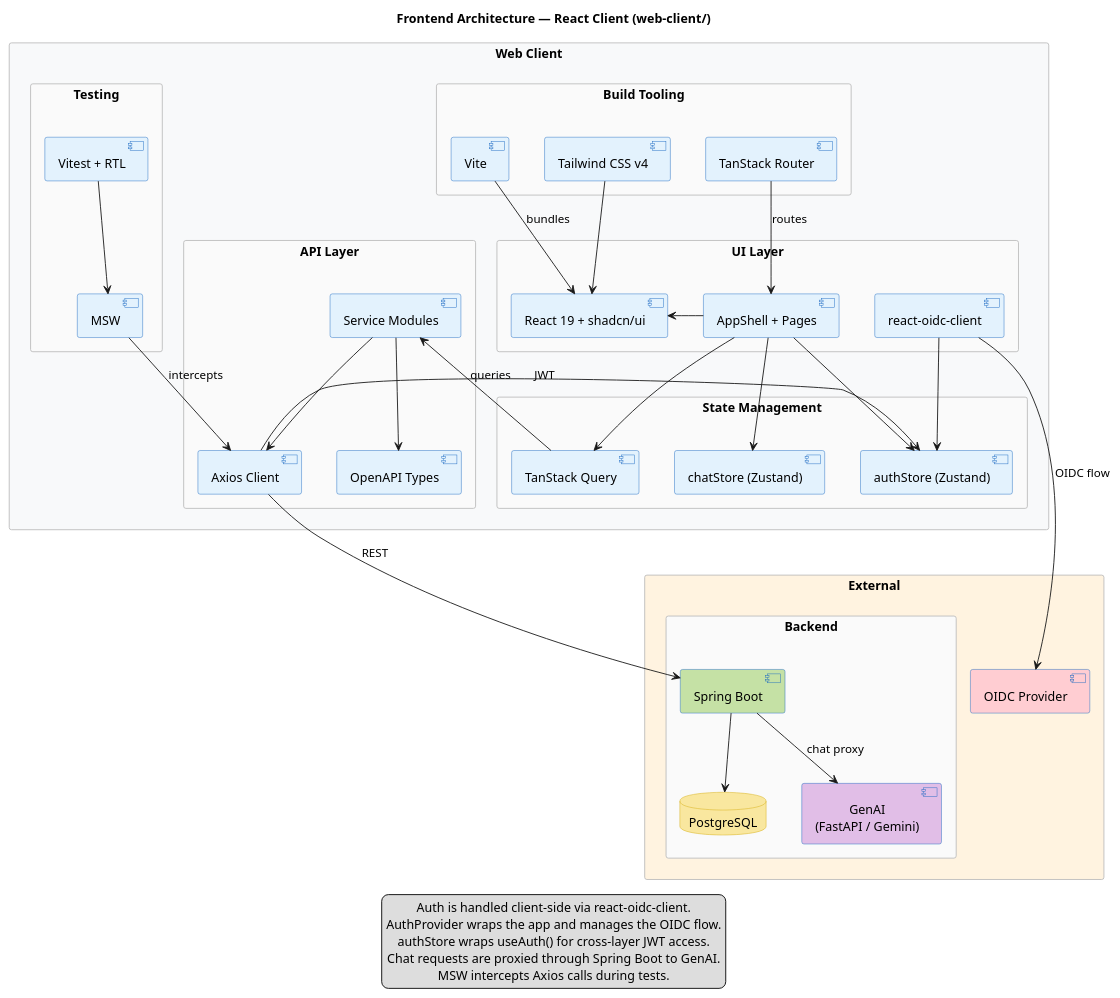
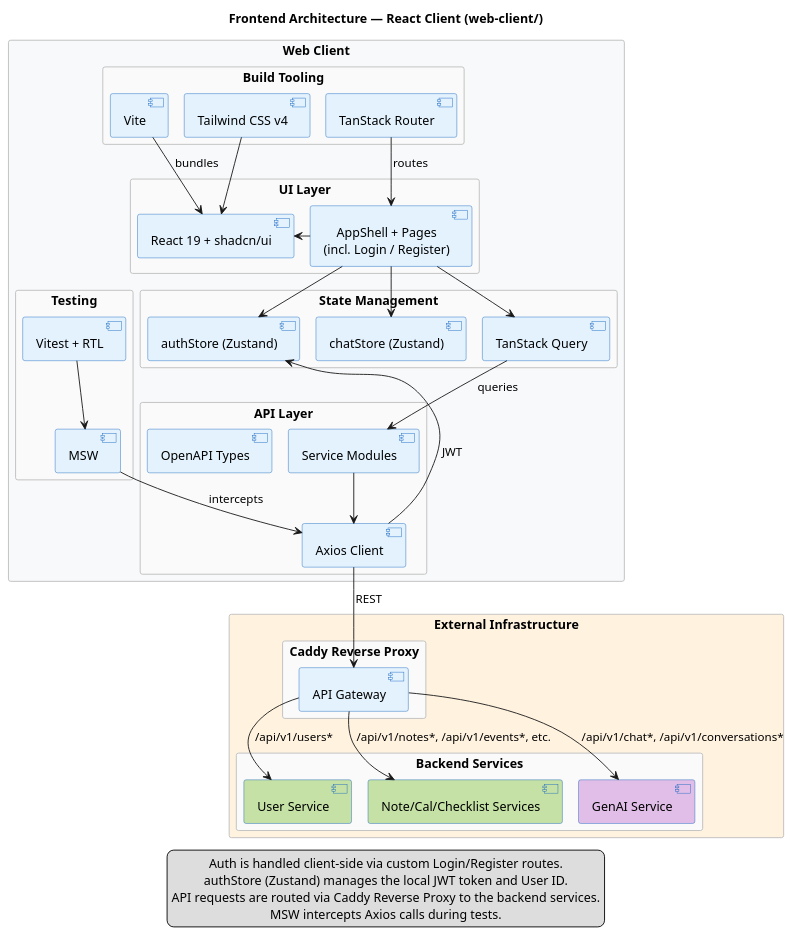
Before and after one commit to AET-DevOps26/team-devopss26: the diagram in docs/frontend/frontend-architecture.puml, drawn with PlantUML. The commit also changed 11 other files, not shown here.

Commit message:
implements #97: updated uml diagrams to reflect current architecture

```diff
--- a/docs/frontend/frontend-architecture.puml
+++ b/docs/frontend/frontend-architecture.puml
@@ -1,100 +1,97 @@
 @startuml
+!pragma layout smetana
 skinparam shadowing false
 skinparam nodesep 40
 skinparam ranksep 60
 skinparam defaultTextAlignment center
 
 skinparam rectangle {
   BackgroundColor #FAFAFA
   BorderColor #BDBDBD
 }
 skinparam component {
   BackgroundColor #E3F2FD
   BorderColor #1565C0
 }
 skinparam database {
   BackgroundColor #F9E79F
   BorderColor #D4AC0D
 }
 skinparam node {
   BackgroundColor #FFFFFF
   BorderColor #9E9E9E
 }
 
 title Frontend Architecture — React Client (web-client/)
 top to bottom direction
 
 rectangle "Web Client" #F8F9FA {
   rectangle "Build Tooling" as BUILD {
     component "Vite" as VITE
     component "Tailwind CSS v4" as TW
     component "TanStack Router" as ROUTER
   }
 
   rectangle "UI Layer" as UI {
     component "React 19 + shadcn/ui" as REACT
-    component "AppShell + Pages" as PAGES
-    component "react-oidc-client" as OIDC_LIB
+    component "AppShell + Pages\n(incl. Login / Register)" as PAGES
   }
 
   rectangle "State Management" as STATE {
     component "authStore (Zustand)" as AUTHSTORE
     component "chatStore (Zustand)" as CHATSTORE
     component "TanStack Query" as TQ
   }
 
   rectangle "API Layer" as API {
     component "Axios Client" as AXIOS
     component "Service Modules" as SVCS
     component "OpenAPI Types" as TYPES
   }
 
   rectangle "Testing" as TESTING {
     component "Vitest + RTL" as VITEST
     component "MSW" as MSW
   }
 }
 
-rectangle "External" #FFF3E0 {
-  component "OIDC Provider" as OIDC #FFCDD2
-  rectangle "Backend" {
-    component "Spring Boot" as BACKEND #C5E1A5
-    database "PostgreSQL" as DB
-    component "GenAI\n(FastAPI / Gemini)" as GENAI #E1BEE7
+rectangle "External Infrastructure" #FFF3E0 {
+  rectangle "Caddy Reverse Proxy" as PROXY_NODE {
+    component "API Gateway" as PROXY
   }
-
+  rectangle "Backend Services" {
+    component "User Service" as BACKEND_USER #C5E1A5
+    component "Note/Cal/Checklist Services" as BACKEND_CORE #C5E1A5
+    component "GenAI Service" as GENAI #E1BEE7
+  }
 }
 
 VITE     -down-> REACT : bundles
 TW       -down-> REACT
 ROUTER   -down-> PAGES : routes
-
-OIDC_LIB -down-> OIDC : OIDC flow
-OIDC_LIB -down-> AUTHSTORE
 
 PAGES    -left-> REACT
 PAGES    -down-> AUTHSTORE
 PAGES    -down-> CHATSTORE
 PAGES    -down-> TQ
 
 TQ       -down-> SVCS : queries
 SVCS     -down-> AXIOS
 AXIOS    -right-> AUTHSTORE : JWT
-AXIOS    -down-> BACKEND : REST
-BACKEND  -down-> DB
-BACKEND  -down-> GENAI : chat proxy
+AXIOS    -down-> PROXY : REST
 
-SVCS     -down-> TYPES
+PROXY    -down-> BACKEND_USER : /api/v1/users*
+PROXY    -down-> BACKEND_CORE : /api/v1/notes*, /api/v1/events*, etc.
+PROXY    -down-> GENAI : /api/v1/chat*, /api/v1/conversations*
 
 VITEST   -down-> MSW
 MSW      -down-> AXIOS : intercepts
 
 legend bottom
-  Auth is handled client-side via react-oidc-client.
-  AuthProvider wraps the app and manages the OIDC flow.
-  authStore wraps useAuth() for cross-layer JWT access.
-  Chat requests are proxied through Spring Boot to GenAI.
+  Auth is handled client-side via custom Login/Register routes.
+  authStore (Zustand) manages the local JWT token and User ID.
+  API requests are routed via Caddy Reverse Proxy to the backend services.
   MSW intercepts Axios calls during tests.
 endlegend
 
 @enduml
```
